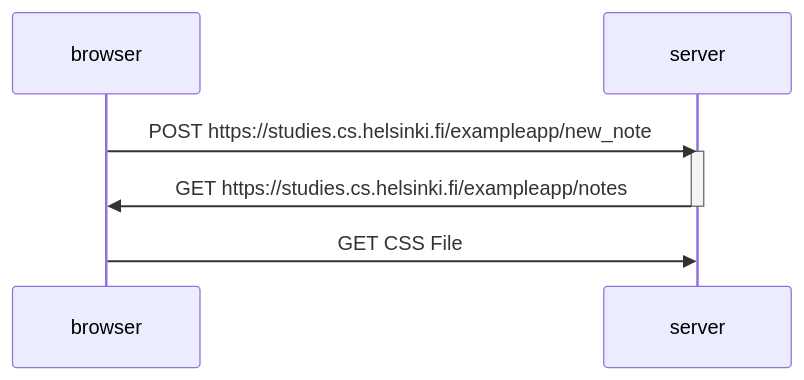
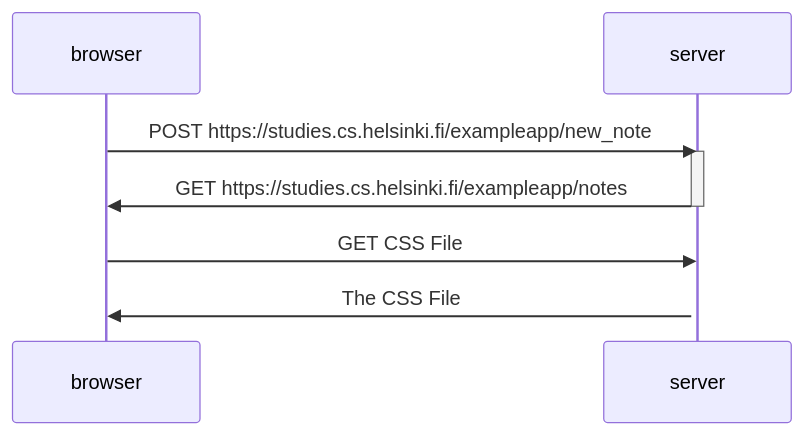
The diagram in 0.4: New note diagram.MD (monaanvari/FullStackOpen), drawn with Mermaid before and after one commit.

Commit message:
Update note diagram with CSS file retrieval

````diff
--- a/0.4: New note diagram.MD
+++ b/0.4: New note diagram.MD
@@ -1,14 +1,15 @@
 ```mermaid
 sequenceDiagram
 participant browser
 participant server
 
 browser ->> server : POST https://studies.cs.helsinki.fi/exampleapp/new_note
 activate server
 server ->> browser : GET https://studies.cs.helsinki.fi/exampleapp/notes
 deactivate server
 
 browser ->> server: GET CSS File 
-
+activate server
+server ->> browser: The CSS File 
 
 ```
````
